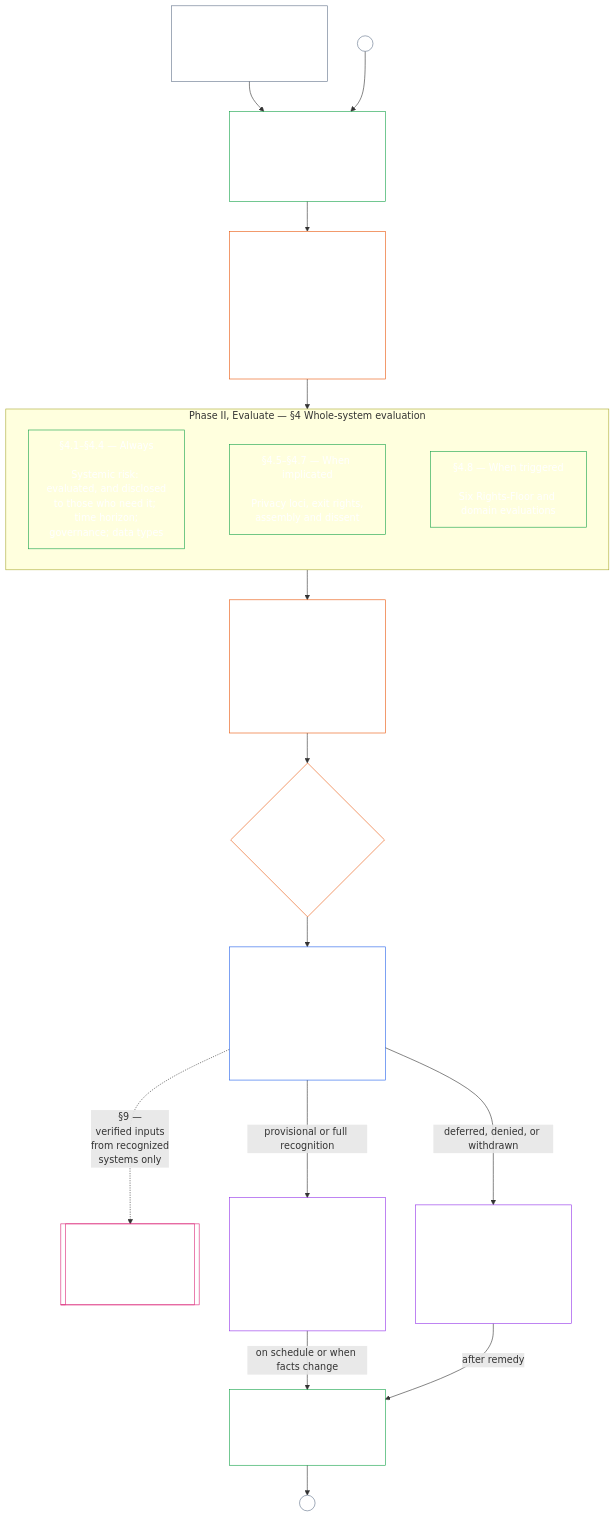
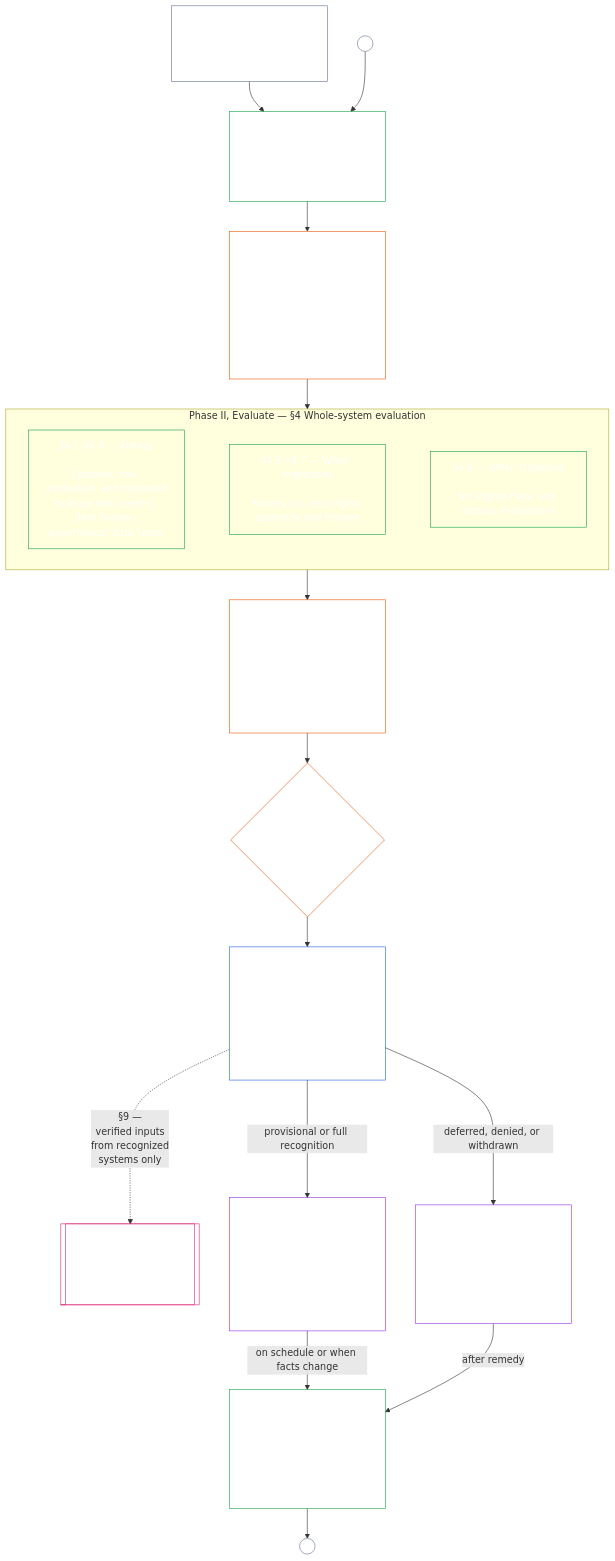
Before and after one commit to kfoelsch/Sentient_Constitution: the diagram in core_08_a_system_alignment_certification_evaluation.md, drawn with Mermaid. The commit also changed other lines of this file and 8 other files, not shown here.

First line of the commit message:
feat(ch08): open a new record for each recertification and reopened review

````diff
--- a/core_08_a_system_alignment_certification_evaluation.md
+++ b/core_08_a_system_alignment_certification_evaluation.md
@@ -69,49 +69,49 @@
 ```mermaid
 flowchart TB
     T["System with material impact seeks recognition,<br/>or reliance on it grows"]
     C["Phase I, Frame — §2<br/>Classify honestly<br/><br/>Class sets depth and re-check schedule"]
     Ch["Phase I, Frame — §3<br/>Open the challenge path<br/><br/>As soon as the system has stakeholders, and<br/>named in the record before any sign-off;<br/>a credible challenge reopens review at §8"]
     subgraph W["Phase II, Evaluate — §4 Whole-system evaluation"]
         direction LR
         Al["§4.1–§4.4 — Always<br/><br/>Systemic risk: evaluated, and disclosed<br/>to those who need it; time horizon;<br/>governance; data types"]
         Im["§4.5–§4.7 — When implicated<br/><br/>Privacy loci, exit rights,<br/>assembly and dissent"]
         Tr["§4.8 — When triggered<br/><br/>Six Rights-Floor and domain evaluations"]
         Al ~~~ Im ~~~ Tr
     end
     F["Phase III, Review — §5<br/>Forum component findings<br/><br/>Roles, then supervisory sequence;<br/>the contestability chain runs alongside"]
     Rec["Phase V, Record — §7<br/>One System Certification Record<br/><br/>Opened at the start; completed with the outcome<br/>and everything behind it"]
     S[["Chapter Nine — Standing<br/>records<br/><br/>Outside this chapter"]]
     O{"Phase IV, Decide — §6<br/>Outcome"}
     U["Reliance within stated limits<br/><br/>Provisional: shorter recertification clock<br/>Full: longer clock, earned only by clean recertification"]
     X["Remedy the defects<br/><br/>Response runs on the Chapter Twelve tier clocks<br/>Next recognition is provisional"]
-    Re["Phase VI, Operate — §8<br/>Recertification, reopening,<br/>or fresh review"]
+    Re["Phase VI, Operate — §8<br/>Recertification, reopening,<br/>or fresh review<br/><br/>Each pass opens a new record"]
     T --> C
     A1((A)) --> C
     C --> Ch
     Ch --> W
     W --> F
     F --> O
     O --> Rec
     Rec -..->|§9 —<br/>verified inputs<br/>from recognized<br/>systems only| S
     Rec -->|provisional or full recognition| U
     Rec -->|deferred, denied, or withdrawn| X
     S ~~~ Re
     U -->|on schedule or when facts change| Re
     X -->|after remedy| Re
     Re --> A2((A))
     style T fill:none,stroke:#64748b,color:#ffffff
     style C fill:none,stroke:#16a34a,color:#ffffff
     style Ch fill:none,stroke:#ea580c,color:#ffffff
     style Al fill:none,stroke:#16a34a,color:#ffffff
     style Im fill:none,stroke:#16a34a,color:#ffffff
     style Tr fill:none,stroke:#16a34a,color:#ffffff
     style F fill:none,stroke:#ea580c,color:#ffffff
     style Rec fill:none,stroke:#2563eb,color:#ffffff
     style S fill:none,stroke:#db2777,color:#ffffff
     style O fill:none,stroke:#ea580c,color:#ffffff
     style U fill:none,stroke:#9333ea,color:#ffffff
     style X fill:none,stroke:#9333ea,color:#ffffff
     style Re fill:none,stroke:#16a34a,color:#ffffff
     style A1 fill:none,stroke:#64748b,color:#ffffff
     style A2 fill:none,stroke:#64748b,color:#ffffff
 ```
````
